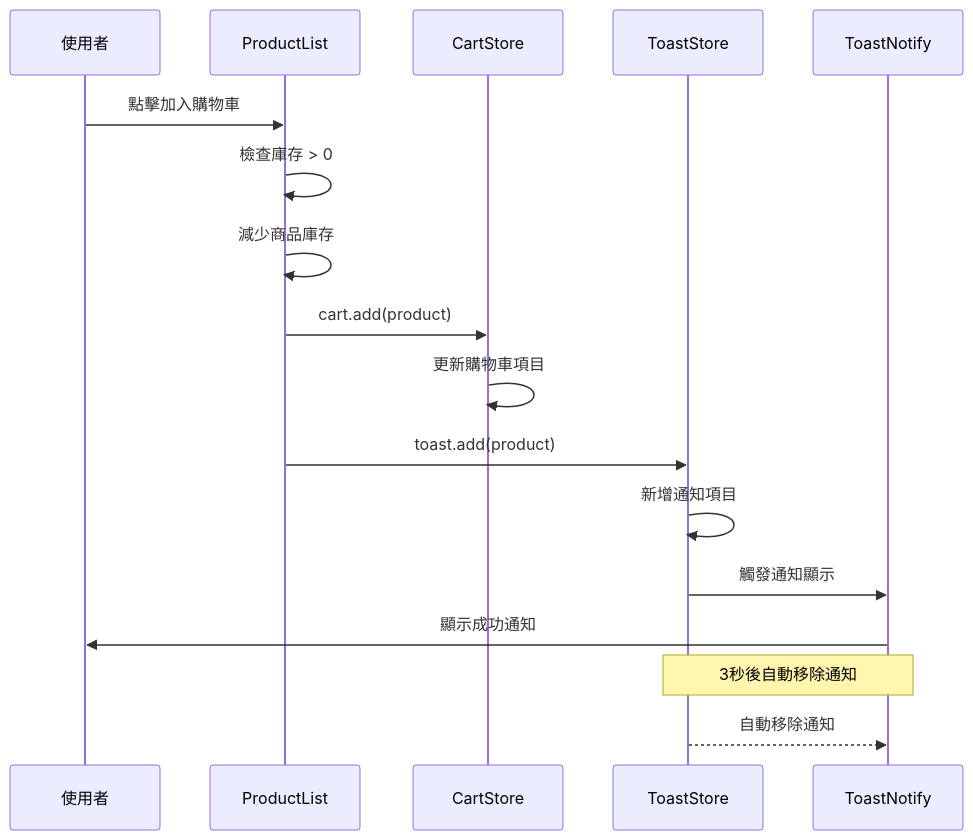
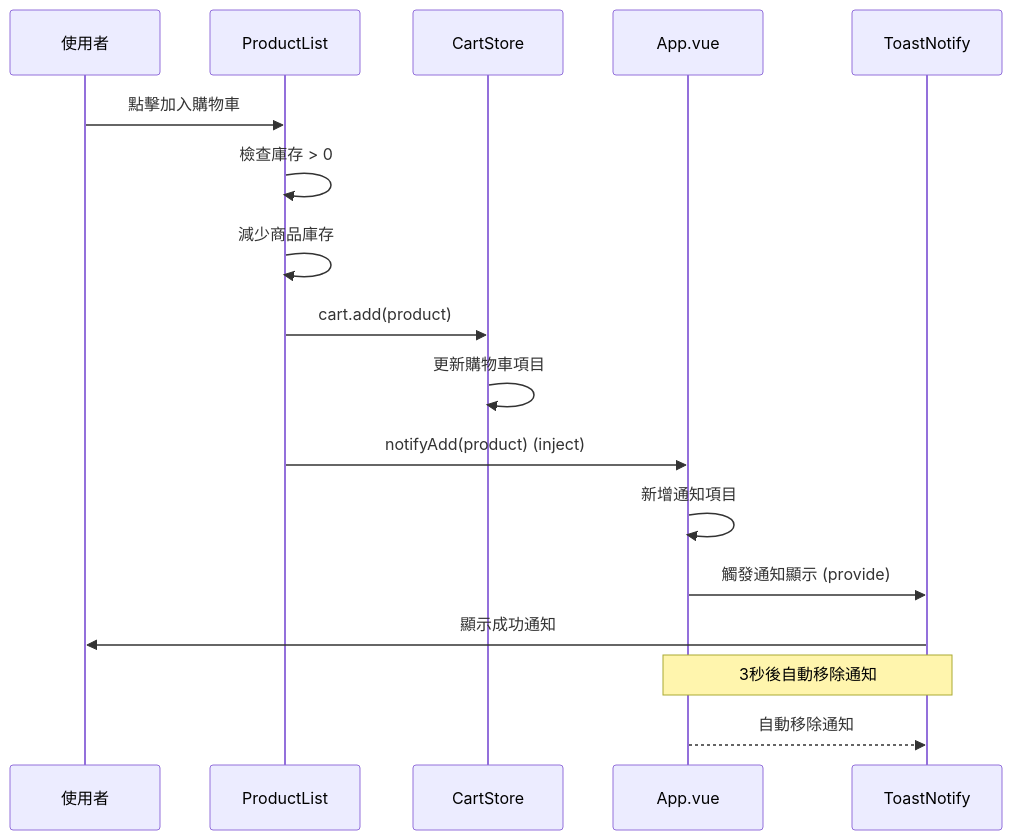
The second of 5 diagrams in README.md (dpi627/HexVueAdvTask), drawn with Mermaid before and after one commit. The commit also changed other lines of this file, not shown here.

First line of the commit message:
feat: 更新流程圖與通知功能說明

````diff
--- a/README.md
+++ b/README.md
@@ -191,21 +196,21 @@
 ```mermaid
 sequenceDiagram
     participant U as 使用者
     participant PL as ProductList
     participant CS as CartStore
-    participant TS as ToastStore
+    participant App as App.vue
     participant TN as ToastNotify
 
     U->>PL: 點擊加入購物車
     PL->>PL: 檢查庫存 > 0
     PL->>PL: 減少商品庫存
     PL->>CS: cart.add(product)
     CS->>CS: 更新購物車項目
-    PL->>TS: toast.add(product)
-    TS->>TS: 新增通知項目
-    TS->>TN: 觸發通知顯示
+    PL->>App: notifyAdd(product) (inject)
+    App->>App: 新增通知項目
+    App->>TN: 觸發通知顯示 (provide)
     TN->>U: 顯示成功通知
 
-    Note over TS,TN: 3秒後自動移除通知
-    TS-->>TN: 自動移除通知
+    Note over App,TN: 3秒後自動移除通知
+    App-->>TN: 自動移除通知
 ```
````
